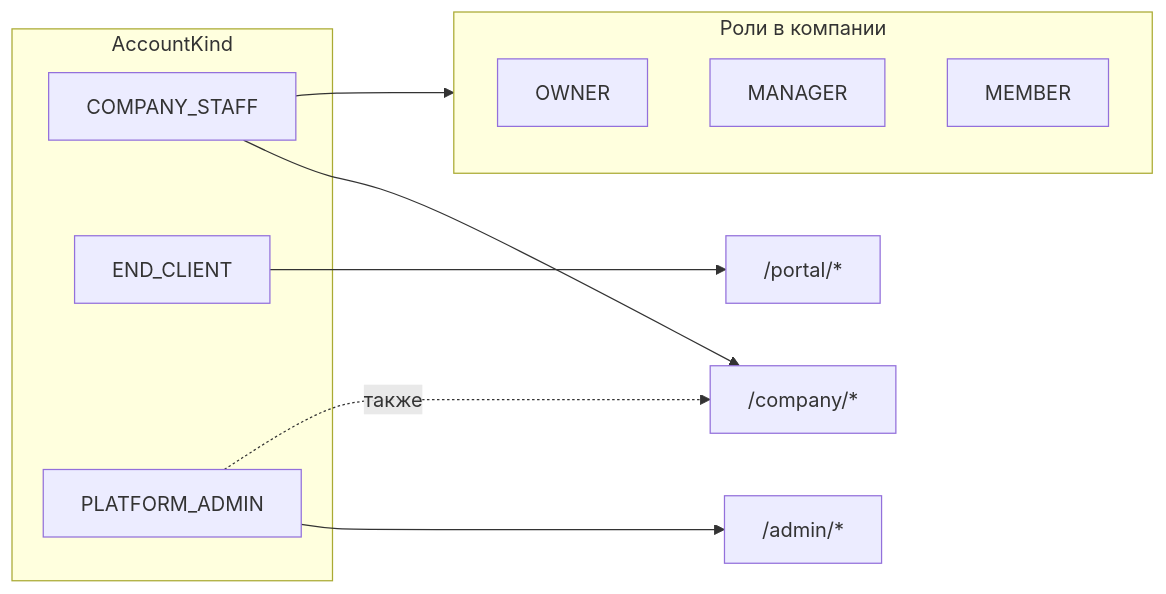
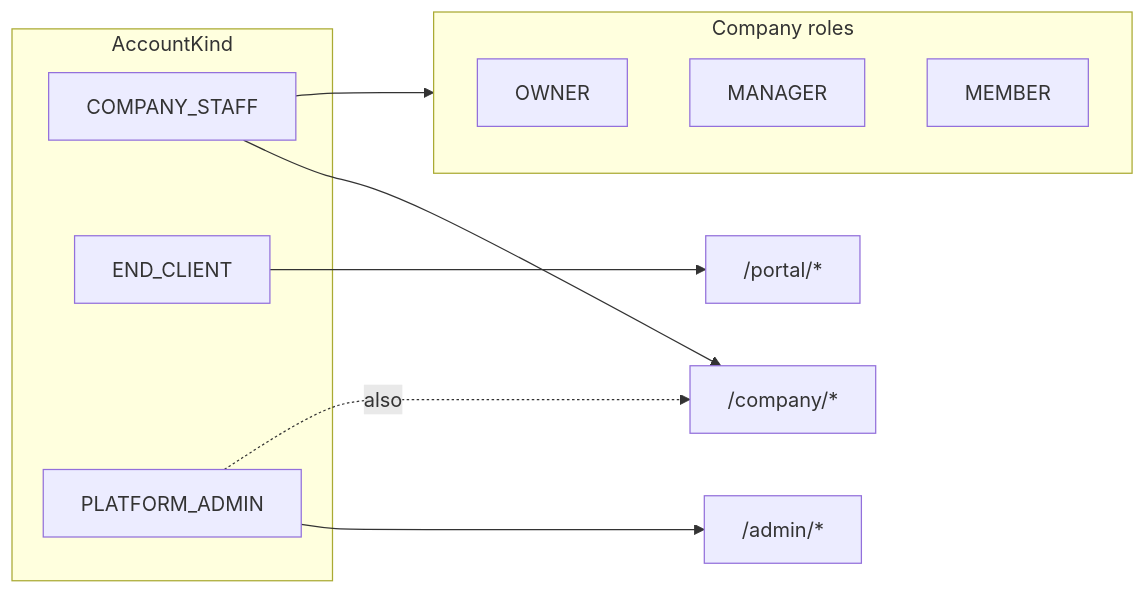
One commit to 1GoodCod1/companii-web changed the sixth of 11 diagrams in README.md. Above: the diagram before and after it, drawn with Mermaid. The commit also changed other lines of this file and 5 other files, not shown here.

````diff
--- a/README.md
+++ b/README.md
@@ -285,21 +287,21 @@
 ```mermaid
 flowchart LR
     subgraph Roles["AccountKind"]
         CS["COMPANY_STAFF"]
         EC["END_CLIENT"]
         PA["PLATFORM_ADMIN"]
     end
 
     CS --> COMPANY["/company/*"]
     EC --> PORTAL["/portal/*"]
     PA --> ADMIN["/admin/*"]
-    PA -.->|"также"| COMPANY
+    PA -.->|"also"| COMPANY
 
-    subgraph CompanyRoles["Роли в компании"]
+    subgraph CompanyRoles["Company roles"]
         OW["OWNER"]
         MG["MANAGER"]
         MB["MEMBER"]
     end
 
     CS --> CompanyRoles
 ```
````
